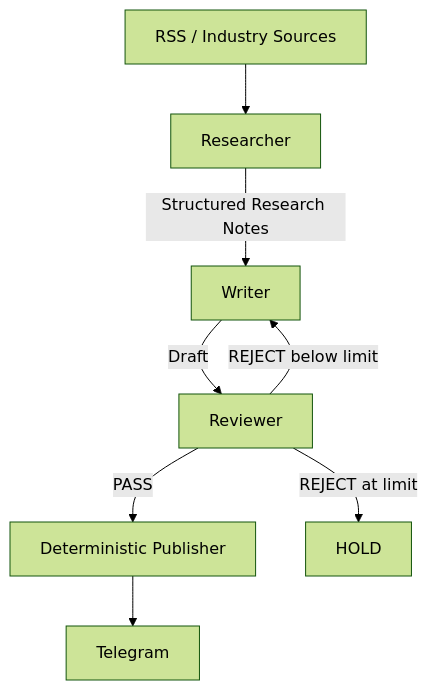
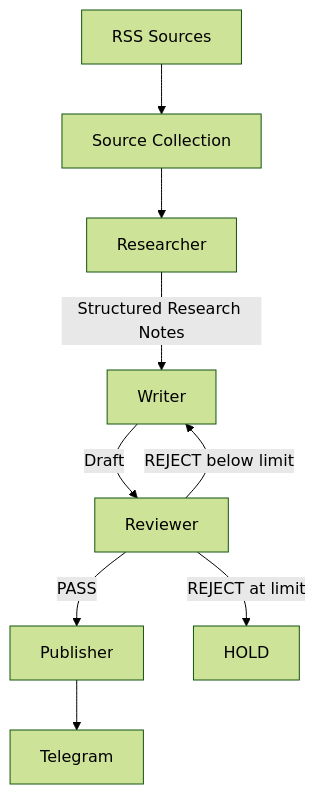
Before and after one commit to MartinKuai/chip-news-ai-workflow: the diagram in README.en.md, drawn with Mermaid (forest theme). The commit also changed other lines of this file and 8 other files, not shown here.

Commit message:
fix: harden RSS collection and simplify docs

````diff
--- a/README.en.md
+++ b/README.en.md
@@ -11,10 +15,11 @@
 ```mermaid
 flowchart TD
-    A[RSS / Industry Sources] --> B[Researcher]
-    B -->|Structured Research Notes| C[Writer]
-    C -->|Draft| D[Reviewer]
-    D -->|PASS| E[Deterministic Publisher]
-    D -->|REJECT below limit| C
-    D -->|REJECT at limit| F[HOLD]
-    E --> G[Telegram]
+    A[RSS Sources] --> B[Source Collection]
+    B --> C[Researcher]
+    C -->|Structured Research Notes| D[Writer]
+    D -->|Draft| E[Reviewer]
+    E -->|PASS| F[Publisher]
+    E -->|REJECT below limit| D
+    E -->|REJECT at limit| G[HOLD]
+    F --> H[Telegram]
 ```
````
